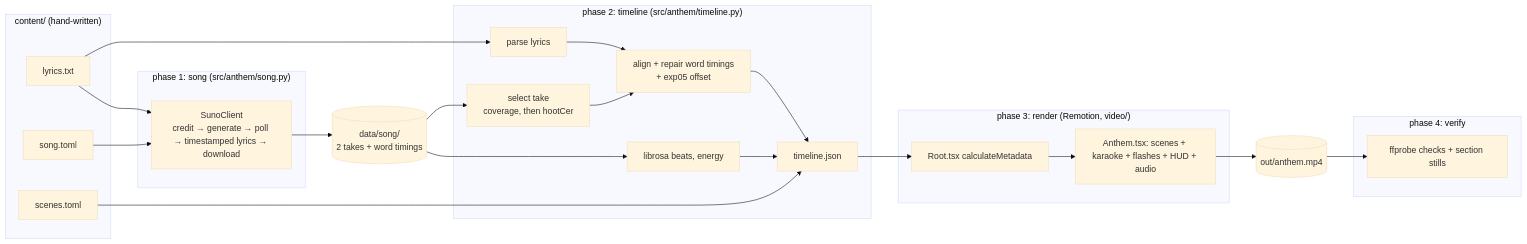
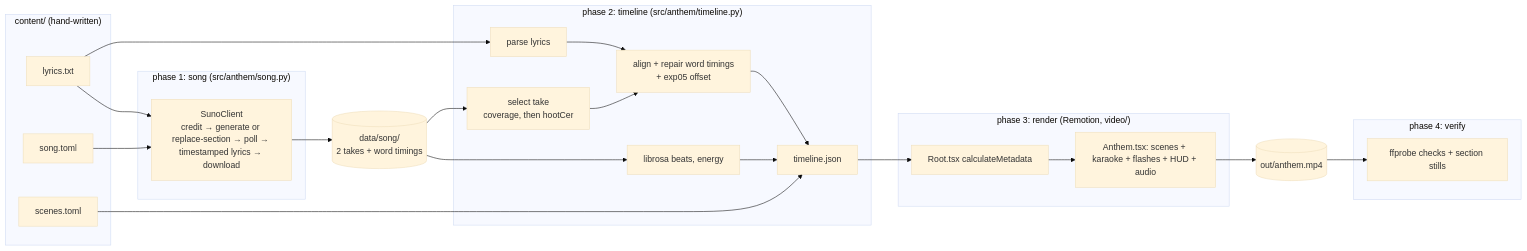
The diagram in README.md (BurnyCoder/ambitious-science-of-information-processing-anthem), drawn with Mermaid (base theme) before and after one commit. The commit also changed other lines of this file, not shown here.

Commit message:
README: lyric edit, -0.156 s offset, --replace-lines, v1.2.0 release link

````diff
--- a/README.md
+++ b/README.md
@@ -75,28 +88,28 @@
 ```mermaid
 flowchart LR
     subgraph content["content/ (hand-written)"]
         L[lyrics.txt] & S[song.toml] & M[scenes.toml]
     end
     subgraph song["phase 1: song (src/anthem/song.py)"]
-        C[SunoClient<br/>credit → generate → poll → timestamped lyrics → download]
+        C[SunoClient<br/>credit → generate or replace-section → poll → timestamped lyrics → download]
     end
     subgraph tl["phase 2: timeline (src/anthem/timeline.py)"]
         P[parse lyrics] --> A[align + repair word timings<br/>+ exp05 offset]
         T[select take<br/>coverage, then hootCer] --> A
         B[librosa beats, energy]
         A & B --> J[timeline.json]
     end
     subgraph rd["phase 3: render (Remotion, video/)"]
         R[Root.tsx calculateMetadata] --> V[Anthem.tsx: scenes + karaoke + flashes + HUD + audio]
     end
     subgraph vf["phase 4: verify"]
         F[ffprobe checks + section stills]
     end
     L & S --> C --> D[(data/song/<br/>2 takes + word timings)]
     D --> T
     D --> B
     L --> P
     M --> J
     J --> R
     V --> O[(out/anthem.mp4)] --> F
 ```
````
